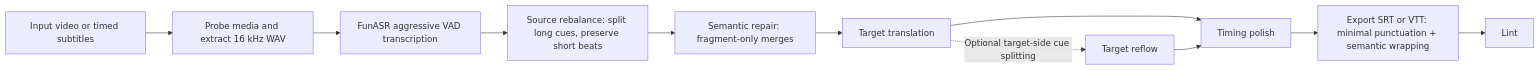
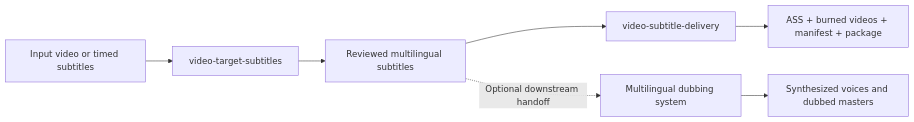
Before and after one commit to zyzfred/SKILL_Autodub: the diagram in README.md, drawn with Mermaid. The commit also changed other lines of this file and 48 other files, not shown here.

Commit message:
Release v1.1.0 with subtitle delivery and bilingual workflow docs

````diff
--- a/README.md
+++ b/README.md
@@ -25,13 +49,9 @@
 ```mermaid
 flowchart LR
-  A["Input video or timed subtitles"] --> B["Probe media and extract 16 kHz WAV"]
-  B --> C["FunASR aggressive VAD transcription"]
-  C --> D["Source rebalance: split long cues, preserve short beats"]
-  D --> E["Semantic repair: fragment-only merges"]
-  E --> F["Target translation"]
-  F --> G["Timing polish"]
-  G --> H["Export SRT or VTT: minimal punctuation + semantic wrapping"]
-  H --> I["Lint"]
-  F -. "Optional target-side cue splitting" .-> J["Target reflow"]
-  J --> G
+  A["Input video or timed subtitles"] --> B["video-target-subtitles"]
+  B --> C["Reviewed multilingual subtitles"]
+  C --> D["video-subtitle-delivery"]
+  C -. "Optional downstream handoff" .-> E["Multilingual dubbing system"]
+  D --> F["ASS + burned videos + manifest + package"]
+  E --> G["Synthesized voices and dubbed masters"]
 ```
````
